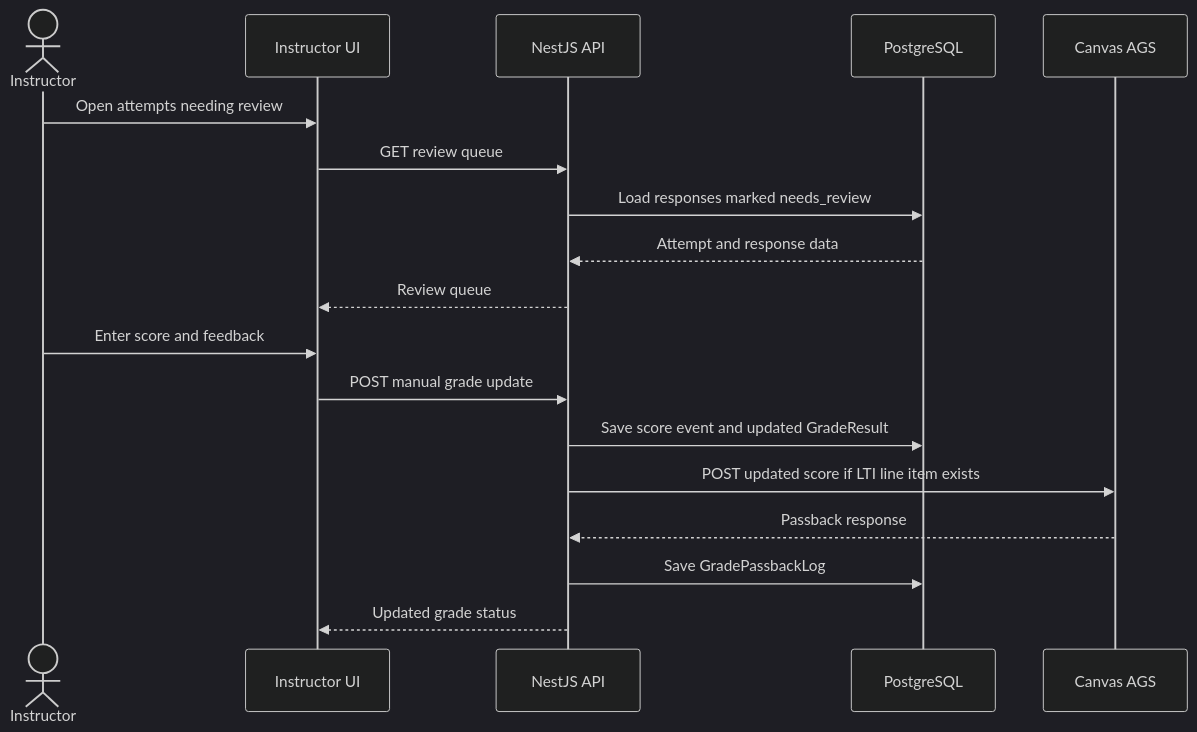
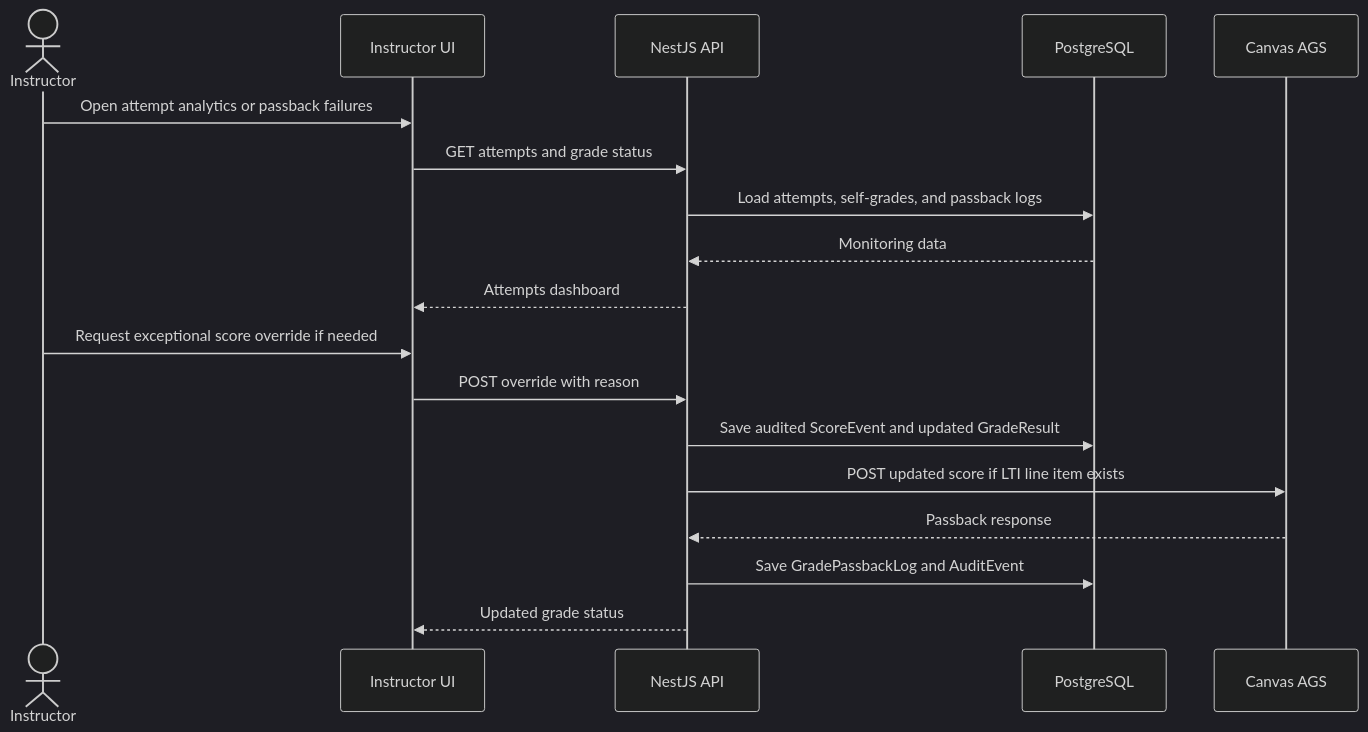
The seventh of 9 diagrams in docs/design/sequence-diagrams.md (learn-database/workbook-platform), drawn with Mermaid (dark theme) before and after one commit. The commit also changed other lines of this file and 5 other files, not shown here.

````diff
--- a/docs/design/sequence-diagrams.md
+++ b/docs/design/sequence-diagrams.md
@@ -115,21 +138,21 @@
 ```mermaid
 sequenceDiagram
     actor Instructor
     participant Web as Instructor UI
     participant API as NestJS API
     participant DB as PostgreSQL
     participant Canvas as Canvas AGS
 
-    Instructor->>Web: Open attempts needing review
-    Web->>API: GET review queue
-    API->>DB: Load responses marked needs_review
-    DB-->>API: Attempt and response data
-    API-->>Web: Review queue
-    Instructor->>Web: Enter score and feedback
-    Web->>API: POST manual grade update
-    API->>DB: Save score event and updated GradeResult
+    Instructor->>Web: Open attempt analytics or passback failures
+    Web->>API: GET attempts and grade status
+    API->>DB: Load attempts, self-grades, and passback logs
+    DB-->>API: Monitoring data
+    API-->>Web: Attempts dashboard
+    Instructor->>Web: Request exceptional score override if needed
+    Web->>API: POST override with reason
+    API->>DB: Save audited ScoreEvent and updated GradeResult
     API->>Canvas: POST updated score if LTI line item exists
     Canvas-->>API: Passback response
-    API->>DB: Save GradePassbackLog
+    API->>DB: Save GradePassbackLog and AuditEvent
     API-->>Web: Updated grade status
 ```
````
